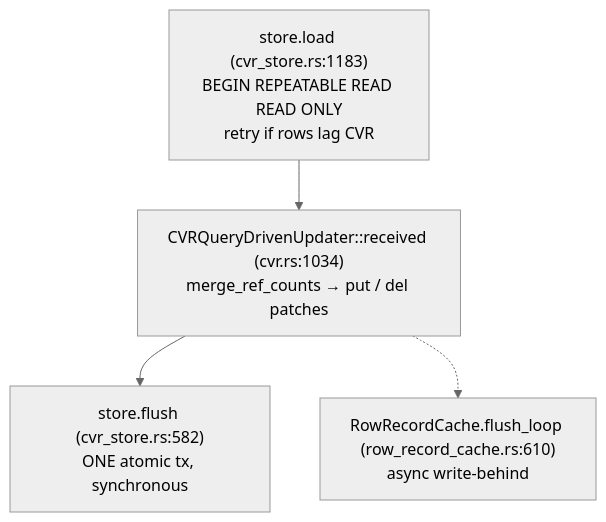
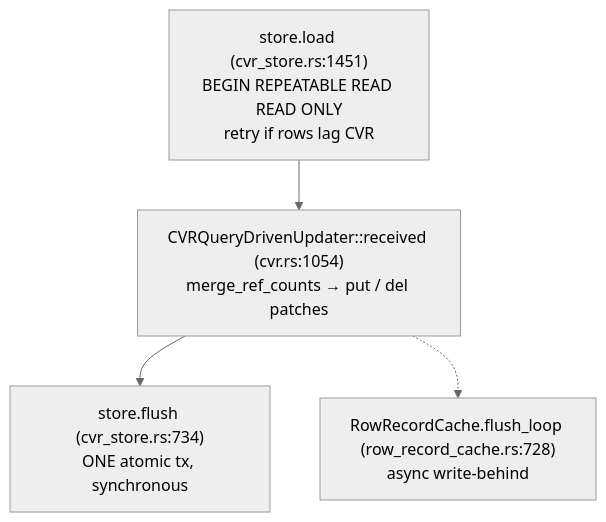
Before and after one commit to kartikparsoya-eng/mono-better: the tenth of 11 diagrams in RUST-SYNCER-ARCHITECTURE.md, drawn with Mermaid (neutral theme). The commit also changed other lines of this file and 150 other files, not shown here.

````diff
--- a/RUST-SYNCER-ARCHITECTURE.md
+++ b/RUST-SYNCER-ARCHITECTURE.md
@@ -445,9 +445,9 @@
 ```mermaid
 flowchart TB
-    L["store.load (cvr_store.rs:1183)<br/>BEGIN REPEATABLE READ READ ONLY<br/>retry if rows lag CVR"]
-    U["CVRQueryDrivenUpdater::received (cvr.rs:1034)<br/>merge_ref_counts → put / del patches"]
-    F["store.flush (cvr_store.rs:582)<br/>ONE atomic tx, synchronous"]
-    RC["RowRecordCache.flush_loop (row_record_cache.rs:610)<br/>async write-behind"]
+    L["store.load (cvr_store.rs:1451)<br/>BEGIN REPEATABLE READ READ ONLY<br/>retry if rows lag CVR"]
+    U["CVRQueryDrivenUpdater::received (cvr.rs:1054)<br/>merge_ref_counts → put / del patches"]
+    F["store.flush (cvr_store.rs:734)<br/>ONE atomic tx, synchronous"]
+    RC["RowRecordCache.flush_loop (row_record_cache.rs:728)<br/>async write-behind"]
     L --> U --> F
     U -.-> RC
 ```
````
